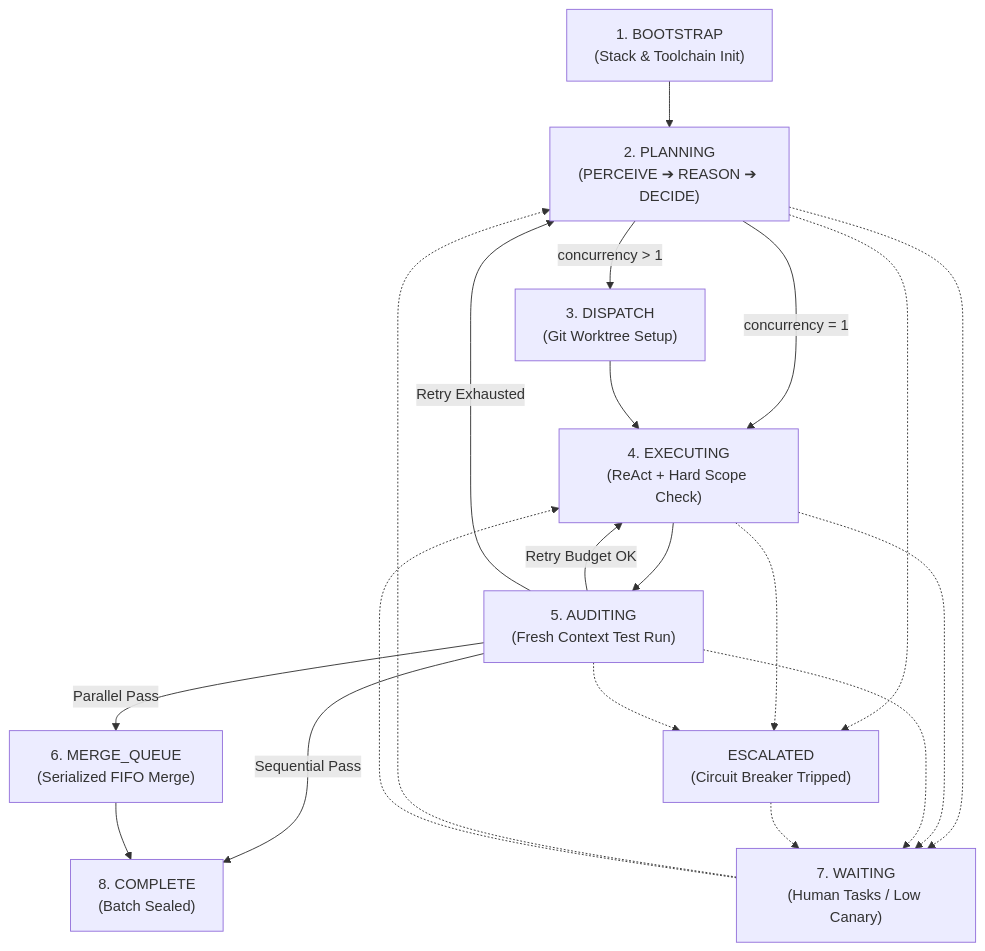
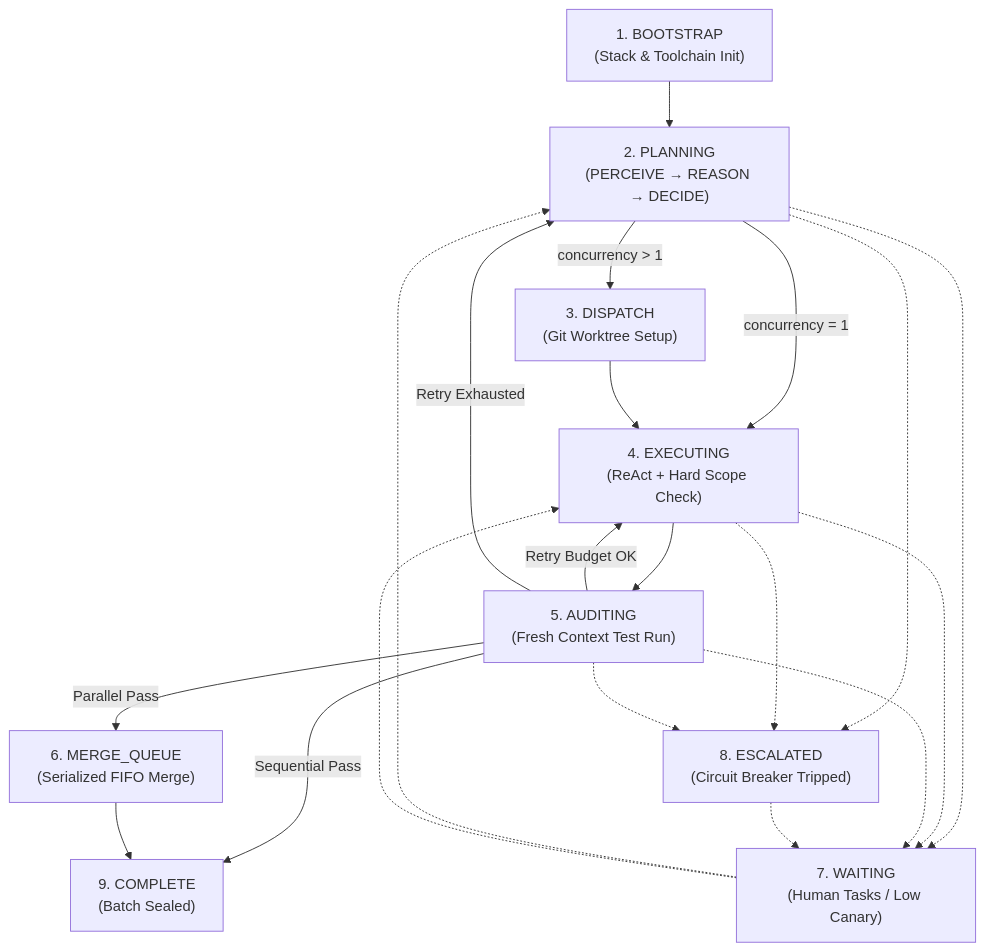
The diagram in docs/GETTING-STARTED.md (bhaskarjha-dev/kramak), drawn with Mermaid before and after one commit. The commit also changed other lines of this file and 35 other files, not shown here.

````diff
--- a/docs/GETTING-STARTED.md
+++ b/docs/GETTING-STARTED.md
@@ -92,27 +97,27 @@
 ```mermaid
 graph TD
-    BOOTSTRAP["1. BOOTSTRAP<br/>(Stack & Toolchain Init)"] --> PLANNING["2. PLANNING<br/>(PERCEIVE ➔ REASON ➔ DECIDE)"]
+    BOOTSTRAP["1. BOOTSTRAP<br/>(Stack & Toolchain Init)"] --> PLANNING["2. PLANNING<br/>(PERCEIVE → REASON → DECIDE)"]
     
     PLANNING -->|concurrency = 1| EXECUTING["4. EXECUTING<br/>(ReAct + Hard Scope Check)"]
     PLANNING -->|concurrency > 1| DISPATCH["3. DISPATCH<br/>(Git Worktree Setup)"]
     DISPATCH --> EXECUTING
     
     EXECUTING --> AUDITING["5. AUDITING<br/>(Fresh Context Test Run)"]
     
     AUDITING -->|Retry Budget OK| EXECUTING
     AUDITING -->|Retry Exhausted| PLANNING
-    AUDITING -->|Sequential Pass| COMPLETE["8. COMPLETE<br/>(Batch Sealed)"]
+    AUDITING -->|Sequential Pass| COMPLETE["9. COMPLETE<br/>(Batch Sealed)"]
     AUDITING -->|Parallel Pass| MERGE_QUEUE["6. MERGE_QUEUE<br/>(Serialized FIFO Merge)"]
     MERGE_QUEUE --> COMPLETE
     
     PLANNING -.-> WAITING["7. WAITING<br/>(Human Tasks / Low Canary)"]
     EXECUTING -.-> WAITING
     AUDITING -.-> WAITING
     WAITING -.-> PLANNING
     WAITING -.-> EXECUTING
     
-    PLANNING -.-> ESCALATED["ESCALATED<br/>(Circuit Breaker Tripped)"]
+    PLANNING -.-> ESCALATED["8. ESCALATED<br/>(Circuit Breaker Tripped)"]
     EXECUTING -.-> ESCALATED
     AUDITING -.-> ESCALATED
     ESCALATED -.-> WAITING
 ```
````
